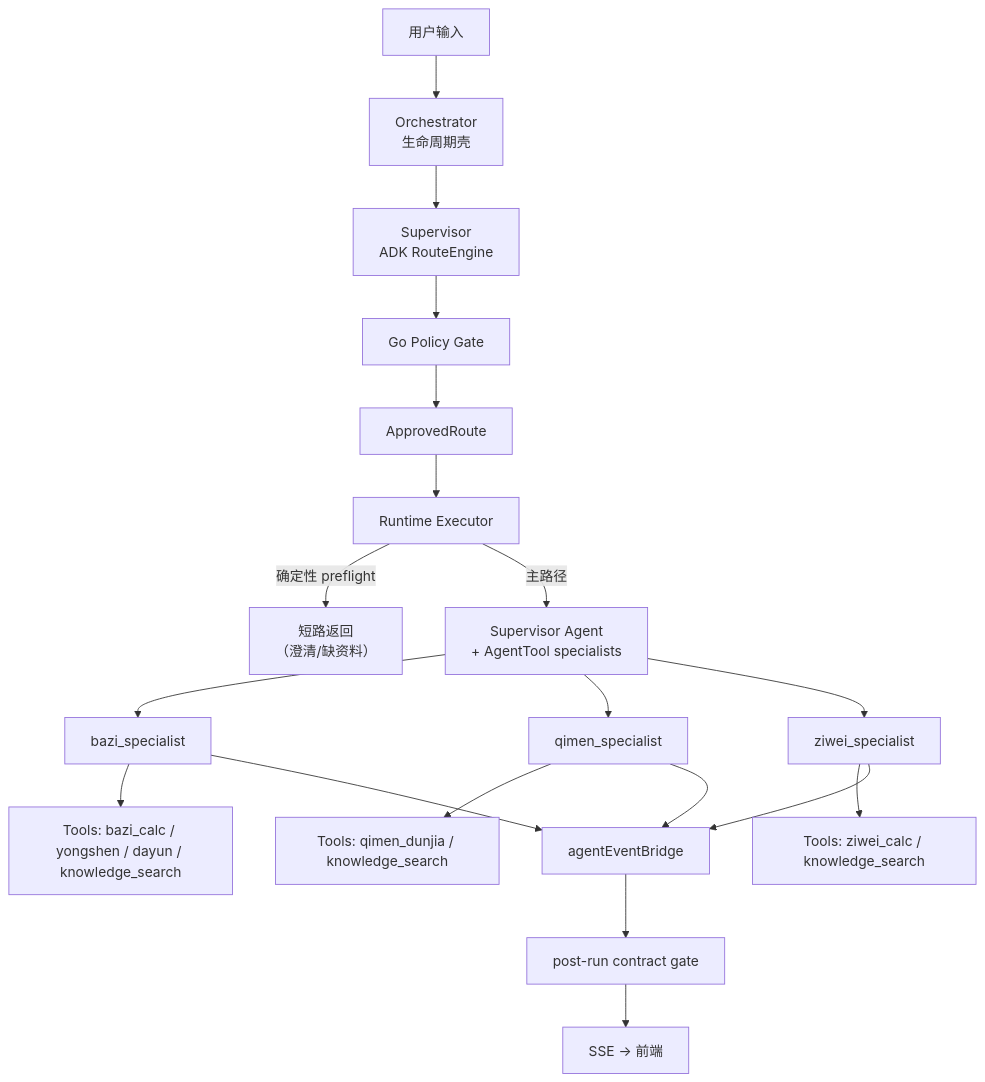
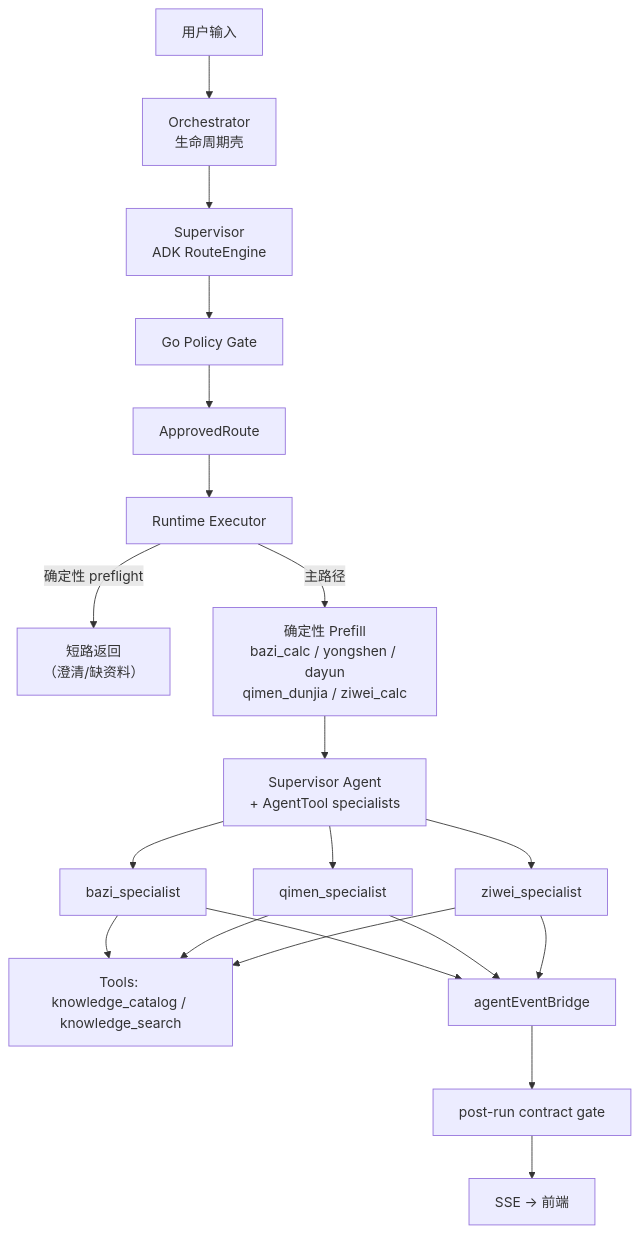
The diagram in docs/architecture.md (observer-mimiron/suanming-agent), drawn with Mermaid before and after one commit. The commit also changed other lines of this file and 45 other files, not shown here.

First line of the commit message:
feat: yongshen tool + runtime prompt simplification + execution tree polish

````diff
--- a/docs/architecture.md
+++ b/docs/architecture.md
@@ -23,21 +23,22 @@
 ```mermaid
 flowchart TD
     U["用户输入"] --> OR["Orchestrator<br/>生命周期壳"]
     OR --> SV["Supervisor<br/>ADK RouteEngine"]
     SV --> PG["Go Policy Gate"]
     PG --> AR["ApprovedRoute"]
     AR --> EX["Runtime Executor"]
     EX -->|确定性 preflight| SC["短路返回<br/>（澄清/缺资料）"]
-    EX -->|主路径| SA["Supervisor Agent<br/>+ AgentTool specialists"]
+    EX -->|主路径| PF["确定性 Prefill<br/>bazi_calc / yongshen / dayun<br/>qimen_dunjia / ziwei_calc"]
+    PF --> SA["Supervisor Agent<br/>+ AgentTool specialists"]
     SA --> BZ["bazi_specialist"]
     SA --> QM["qimen_specialist"]
     SA --> ZW["ziwei_specialist"]
-    BZ --> TK["Tools: bazi_calc / yongshen / dayun / knowledge_search"]
-    QM --> TK2["Tools: qimen_dunjia / knowledge_search"]
-    ZW --> TK3["Tools: ziwei_calc / knowledge_search"]
+    BZ --> TK["Tools: knowledge_catalog / knowledge_search"]
+    QM --> TK
+    ZW --> TK
     BZ --> BR["agentEventBridge"]
     QM --> BR
     ZW --> BR
     BR --> FG["post-run contract gate"]
     FG --> SSE["SSE → 前端"]
 ```
````
